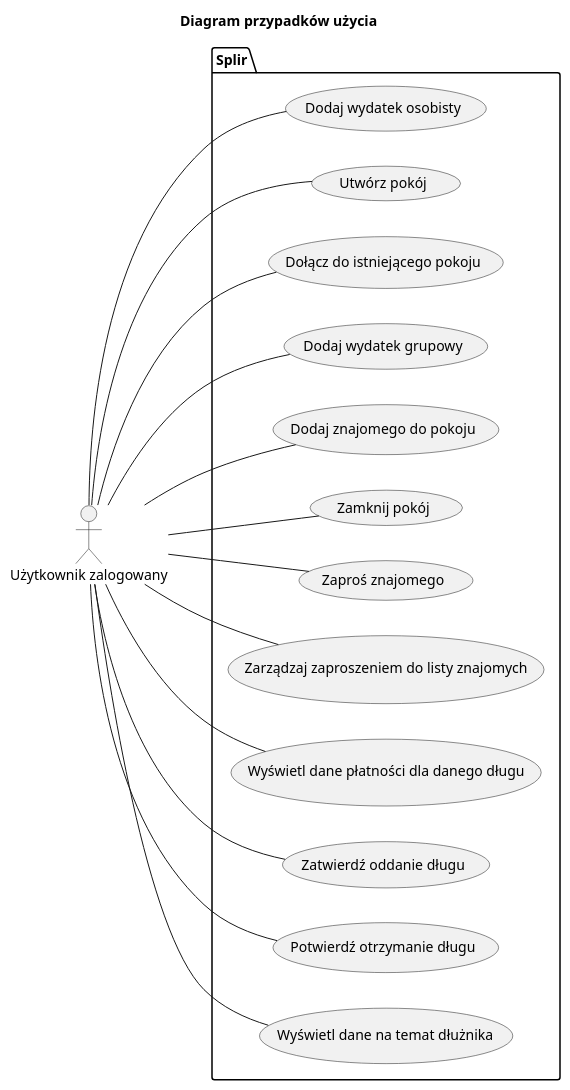
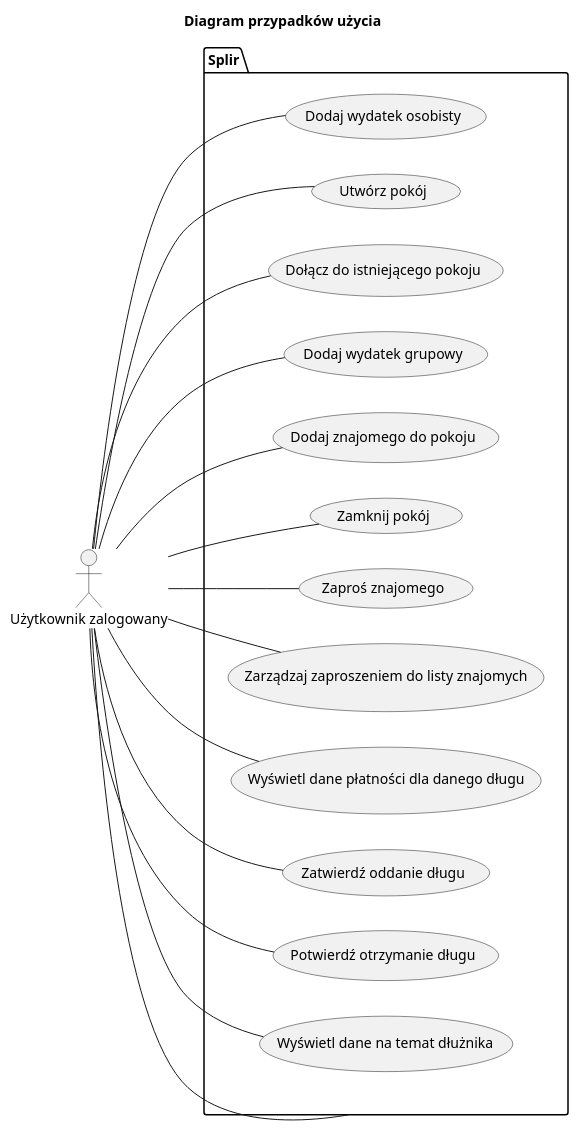
One commit to ziorkie/splir changed the diagram in src/useCaseUML.puml. Above: the diagram before and after it, drawn with PlantUML. The commit also changed 49 other files, not shown here.

```diff
--- a/src/useCaseUML.puml
+++ b/src/useCaseUML.puml
@@ -1,38 +1,36 @@
 @startuml
 left to right direction
 title Diagram przypadków użycia
-
 package Splir {
     usecase (Dodaj wydatek osobisty) as addSoloExpense
     usecase (Utwórz pokój) as createRoom
     usecase (Dołącz do istniejącego pokoju) as joinRoom
     usecase (Dodaj wydatek grupowy) as addGroupExpense
     usecase (Dodaj znajomego do pokoju) as addFriendToGroup
     usecase (Zamknij pokój) as closeRoom
     usecase (Zaproś znajomego) as inviteFriend
     usecase (Zarządzaj zaproszeniem do listy znajomych) as manageInvite
     usecase (Wyświetl dane płatności dla danego długu) as viewPaymentDetails
     usecase (Zatwierdź oddanie długu) as sendMoney
     usecase (Potwierdź otrzymanie długu) as receiveMoney
     usecase (Wyświetl dane na temat dłużnika) as viewDebtors
-
 }
 
 
 :Użytkownik zalogowany: as user
 
 
 user -- addSoloExpense
 user -- createRoom
 user -- joinRoom
 user -- addGroupExpense
 user -- addFriendToGroup
 user -- closeRoom
 user -- inviteFriend
 user -- manageInvite
 user -- viewPaymentDetails
 user -- sendMoney
 user -- receiveMoney
 user -- viewDebtors
-
+user -- Splir
 @enduml
```
